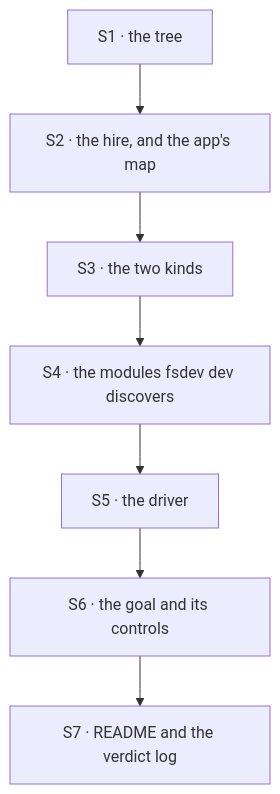
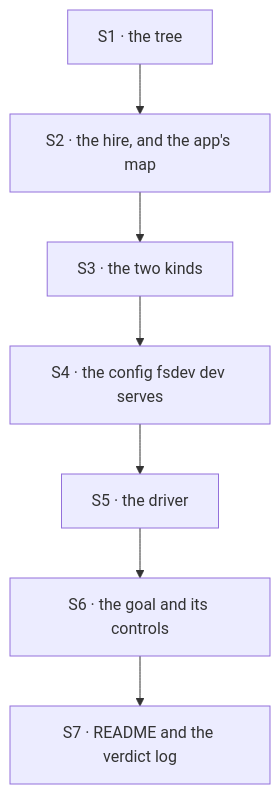
The diagram in specs/issues/FIX-1497/PLAN.md (fixpoint-labs/flow-state-dev), drawn with Mermaid before and after one commit. The commit also changed other lines of this file and 11 other files, not shown here.

````diff
--- a/specs/issues/FIX-1497/PLAN.md
+++ b/specs/issues/FIX-1497/PLAN.md
@@ -44,9 +44,9 @@
 ```mermaid
 flowchart TD
   S1["S1 · the tree"] --> S2["S2 · the hire, and the app's map"]
   S2 --> S3["S3 · the two kinds"]
-  S3 --> S4["S4 · the modules fsdev dev discovers"]
+  S3 --> S4["S4 · the config fsdev dev serves"]
   S4 --> S5["S5 · the driver"]
   S5 --> S6["S6 · the goal and its controls"]
   S6 --> S7["S7 · README and the verdict log"]
 ```
````
